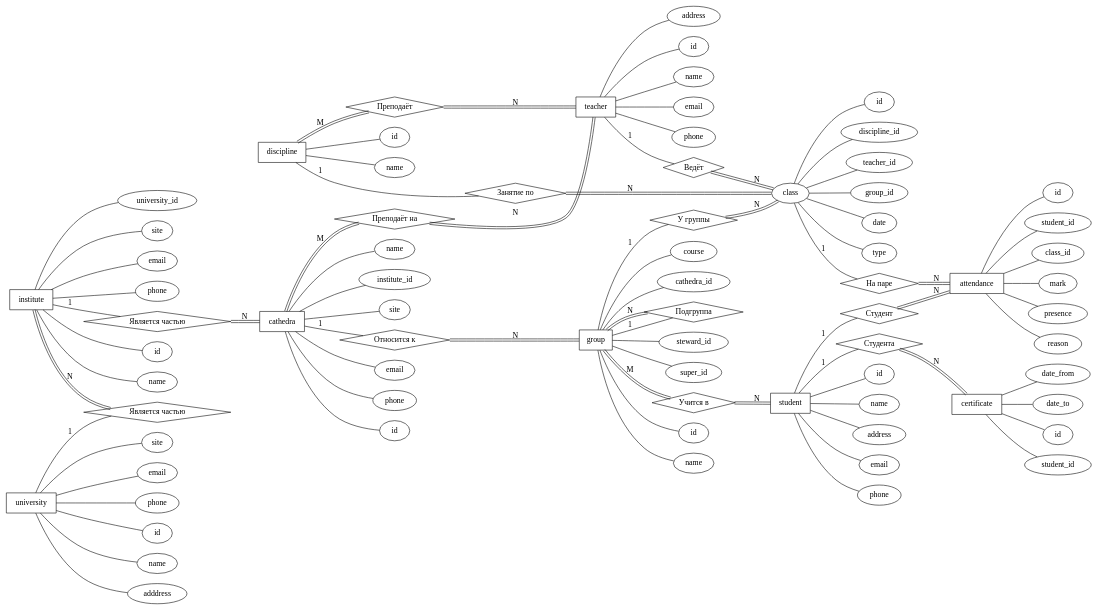
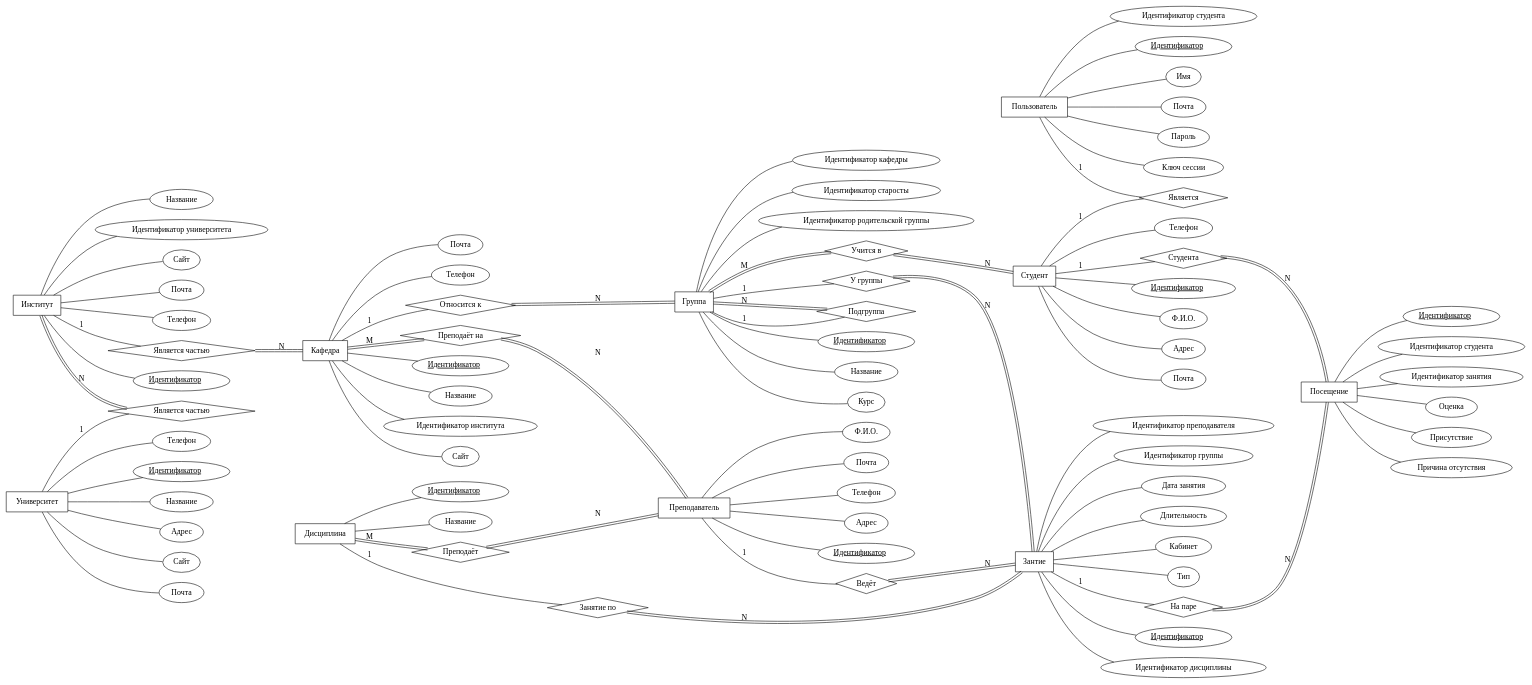
One commit to justnero-ru/university changed the diagram in semestr.05/ТБД/Lab.01/chen.dot. Above: the diagram before and after it, drawn with Graphviz. The commit also changed 8 other files, not shown here.

```diff
--- a/semestr.05/ТБД/Lab.01/chen.dot
+++ b/semestr.05/ТБД/Lab.01/chen.dot
@@ -3,49 +3,50 @@
 	rankdir = LR;
 	subgraph {
 		node [group="table", shape=box, rank=same];
-		attendance;
-		cathedra;
+		attendance [label="Посещение"];
+		cathedra [label="Кафедра"];
 		/*cathedra_teacher;*/
-		certificate;
-		certificate;
-		discipline;
+		/*certificate;*/
+		discipline [label="Дисциплина"];
 		/*discipline_teacher;*/
-		group;
+		group [label="Группа"];
 		/*group_student;*/
-		institute;
-		student;
-		teacher;
-		university;
+		institute [label="Институт"];
+		student [label="Студент"];
+		teacher [label="Преподаватель"];
+		university [label="Университет"];
+		user [label="Пользователь"];
+		class [label="Зантие"]
 	}
 
 	subgraph {
 		subgraph {
-			attendance_pk_id [label="id"];
+			attendance_pk_id [label=<<u>Идентификатор</u>>];
 			attendance -- attendance_pk_id
-			attendance_nk_student_id [label="student_id"];
+			attendance_nk_student_id [label="Идентификатор студента"];
 			attendance -- attendance_nk_student_id
-			attendance_nk_class_id [label="class_id"];
+			attendance_nk_class_id [label="Идентификатор занятия"];
 			attendance -- attendance_nk_class_id
-			attendance_nk_mark [label="mark"];
+			attendance_nk_mark [label="Оценка"];
 			attendance -- attendance_nk_mark
-			attendance_nk_presence [label="presence"];
+			attendance_nk_presence [label="Присутствие"];
 			attendance -- attendance_nk_presence
-			attendance_nk_reason [label="reason"];
+			attendance_nk_reason [label="Причина отсутствия"];
 			attendance -- attendance_nk_reason
 		}
 
 		subgraph {
-			cathedra_pk_id [label="id"];
+			cathedra_pk_id [label=<<u>Идентификатор</u>>];
 			cathedra -- cathedra_pk_id
-			cathedra_nk_name [label="name"];
+			cathedra_nk_name [label="Название"];
 			cathedra -- cathedra_nk_name
-			cathedra_nk_institute_id [label="institute_id"];
+			cathedra_nk_institute_id [label="Идентификатор института"];
 			cathedra -- cathedra_nk_institute_id
-			cathedra_nk_site [label="site"];
+			cathedra_nk_site [label="Сайт"];
 			cathedra -- cathedra_nk_site
-			cathedra_nk_email [label="email"];
+			cathedra_nk_email [label="Почта"];
 			cathedra -- cathedra_nk_email
-			cathedra_nk_phone [label="phone"];
+			cathedra_nk_phone [label="Телефон"];
 			cathedra -- cathedra_nk_phone
 		}
 
@@ -58,21 +59,25 @@
 
 
 		subgraph {
-			class_pk_id [label="id"];
+			class_pk_id [label=<<u>Идентификатор</u>>];
 			class -- class_pk_id
-			class_nk_discipline_id [label="discipline_id"];
+			class_nk_discipline_id [label="Идентификатор дисциплины"];
 			class -- class_nk_discipline_id
-			class_nk_teacher_id [label="teacher_id"];
+			class_nk_teacher_id [label="Идентификатор преподавателя"];
 			class -- class_nk_teacher_id
-			class_nk_group_id [label="group_id"];
+			class_nk_group_id [label="Идентификатор группы"];
 			class -- class_nk_group_id
-			class_nk_date [label="date"];
+			class_nk_date [label="Дата занятия"];
 			class -- class_nk_date
-			class_nk_type [label="type"];
+			class_nk_duration [label="Длительность"];
+			class -- class_nk_duration
+			class_nk_location [label="Кабинет"];
+			class -- class_nk_location
+			class_nk_type [label="Тип"];
 			class -- class_nk_type
 		}
 
-		subgraph {
+		/*subgraph {
 			certificate_pk_id [label="id"];
 			certificate -- certificate_pk_id
 			certificate_nk_student_id [label="student_id"];
@@ -81,12 +86,12 @@
 			certificate -- certificate_nk_date_from
 			certificate_nk_date_to [label="date_to"];
 			certificate -- certificate_nk_date_to
-		}
+		}*/
 
 		subgraph {
-			discipline_pk_id [label="id"];
+			discipline_pk_id [label=<<u>Идентификатор</u>>];
 			discipline -- discipline_pk_id
-			discipline_nk_name [label="name"];
+			discipline_nk_name [label="Название"];
 			discipline -- discipline_nk_name
 		}
 
@@ -98,17 +103,17 @@
 		discipline_teacher -- discipline_teacher_nk_teacher_id*/
 
 		subgraph {
-			group_pk_id [label="id"];
+			group_pk_id [label=<<u>Идентификатор</u>>];
 			group -- group_pk_id
-			group_nk_name [label="name"];
+			group_nk_name [label="Название"];
 			group -- group_nk_name
-			group_nk_course [label="course"];
+			group_nk_course [label="Курс"];
 			group -- group_nk_course
-			group_nk_cathedra_id [label="cathedra_id"];
+			group_nk_cathedra_id [label="Идентификатор кафедры"];
 			group -- group_nk_cathedra_id
-			group_nk_steward_id [label="steward_id"];
+			group_nk_steward_id [label="Идентификатор старосты"];
 			group -- group_nk_steward_id
-			group_nk_super_id [label="super_id"];
+			group_nk_super_id [label="Идентификатор родительской группы"];
 			group -- group_nk_super_id
 		}
 		/*group_student_pk_id [label="id"];
@@ -119,79 +124,94 @@
 		group_student -- group_student_nk_student_id*/
 
 		subgraph {
-			institute_pk_id [label="id"];
+			institute_pk_id [label=<<u>Идентификатор</u>>];
 			institute -- institute_pk_id
-			institute_nk_name [label="name"];
+			institute_nk_name [label="Название"];
 			institute -- institute_nk_name
-			institute_nk_university_id [label="university_id"];
+			institute_nk_university_id [label="Идентификатор университета"];
 			institute -- institute_nk_university_id
-			institute_nk_site [label="site"];
+			institute_nk_site [label="Сайт"];
 			institute -- institute_nk_site
-			institute_nk_email [label="email"];
+			institute_nk_email [label="Почта"];
 			institute -- institute_nk_email
-			institute_nk_phone [label="phone"];
+			institute_nk_phone [label="Телефон"];
 			institute -- institute_nk_phone
 		}
 
 		subgraph {
 			rankdir=rl;
-			student_pk_id [label="id"];
+			student_pk_id [label=< <u>Идентификатор</u> >];
 			student -- student_pk_id
-			student_nk_name [label="name"];
+			student_nk_name [label="Ф.И.О."];
 			student -- student_nk_name
-			student_nk_address [label="address"];
+			student_nk_address [label="Адрес"];
 			student -- student_nk_address
-			student_nk_email [label="email"];
+			student_nk_email [label="Почта"];
 			student -- student_nk_email
-			student_nk_phone [label="phone"];
+			student_nk_phone [label="Телефон"];
 			student -- student_nk_phone
 		}
 
 		subgraph {
-			teacher_pk_id [label="id"];
+			teacher_pk_id [label=<<u>Идентификатор</u>>];
 			teacher -- teacher_pk_id
-			teacher_nk_name [label="name"];
+			teacher_nk_name [label="Ф.И.О."];
 			teacher -- teacher_nk_name
-			teacher_nk_email [label="email"];
+			teacher_nk_email [label="Почта"];
 			teacher -- teacher_nk_email
-			teacher_nk_phone [label="phone"];
+			teacher_nk_phone [label="Телефон"];
 			teacher -- teacher_nk_phone
-			teacher_nk_address [label="address"];
+			teacher_nk_address [label="Адрес"];
 			teacher -- teacher_nk_address
 		}
 
 		subgraph {
-			university_pk_id [label="id"];
+			university_pk_id [label=<<u>Идентификатор</u>>];
 			university -- university_pk_id
-			university_nk_name [label="name"];
+			university_nk_name [label="Название"];
 			university -- university_nk_name
-			university_nk_adddress [label="adddress"];
-			university -- university_nk_adddress
-			university_nk_site [label="site"];
+			university_nk_address [label="Адрес"];
+			university -- university_nk_address
+			university_nk_site [label="Сайт"];
 			university -- university_nk_site
-			university_nk_email [label="email"];
+			university_nk_email [label="Почта"];
 			university -- university_nk_email
-			university_nk_phone [label="phone"];
+			university_nk_phone [label="Телефон"];
 			university -- university_nk_phone
+		}
+
+		subgraph {
+			user_pk_id [label=<<u>Идентификатор</u>>, rank=1];
+			user -- user_pk_id
+			user_nk_name [label="Имя", rank=2];
+			user -- user_nk_name
+			user_nk_email [label="Почта", rank=3];
+			user -- user_nk_email
+			user_nk_password [label="Пароль", rank=4];
+			user -- user_nk_password
+			user_nk_remember_token [label="Ключ сессии", rank=5];
+			user -- user_nk_remember_token
+			user_nk_student_id [label="Идентификатор студента", rank=6];
+			user -- user_nk_student_id
 		}
 	}
 
 	subgraph {
 		node [shape=diamond];
+		student_user_fk [label="Является"];
 		university_institute_fk [label="Является частью"];
 		institute_cathedra_fk [label="Является частью"];
 		cathedra_group_fk [label="Относится к"];
 		cathedra_teacher_fk [label="Преподаёт на"];
 		discipline_teacher_fk [label="Преподаёт"];
-		discipline_class_fk [label="Занятие по"];
 		group_class_fk [label="У группы"];
 		group_student_fk [label="Учится в"];
-		student_certificate_fk [label="Студента"];
-		attendance_student_fk [label="Студент"];
+		/*student_certificate_fk [label="Студента"];*/
+		attendance_student_fk [label="Студента"];
 		attendance_class_fk [label="На паре"];
-		group_group_fk [label="Подгруппа"]
-		class_teacher_fk [label="Ведёт"]
-
+		group_group_fk [label="Подгруппа"];
+		class_teacher_fk [label="Ведёт"];
+		discipline_class_fk [label="Занятие по"];
 	}
 
 	subgraph {
@@ -219,8 +239,8 @@
 		group -- group_student_fk [color="black:invis:black", label="M"];
 		group_student_fk -- student [color="black:invis:black", label="N"];
 
-		student -- student_certificate_fk [label="1"];
-		student_certificate_fk -- certificate [color="black:invis:black", label="N"];
+		/*student -- student_certificate_fk [label="1"];
+		student_certificate_fk -- certificate [color="black:invis:black", label="N"];*/
 
 		student -- attendance_student_fk [label="1"];
 		attendance_student_fk -- attendance [color="black:invis:black", label="N"];
@@ -233,6 +253,9 @@
 
 		teacher -- class_teacher_fk [label="1"];
 		class_teacher_fk -- class [color="black:invis:black", label="N"];
+
+		student -- student_user_fk [label="1"];
+		user -- student_user_fk [label="1"];
 	}
 
 	{rank=same;university; institute;}
```
